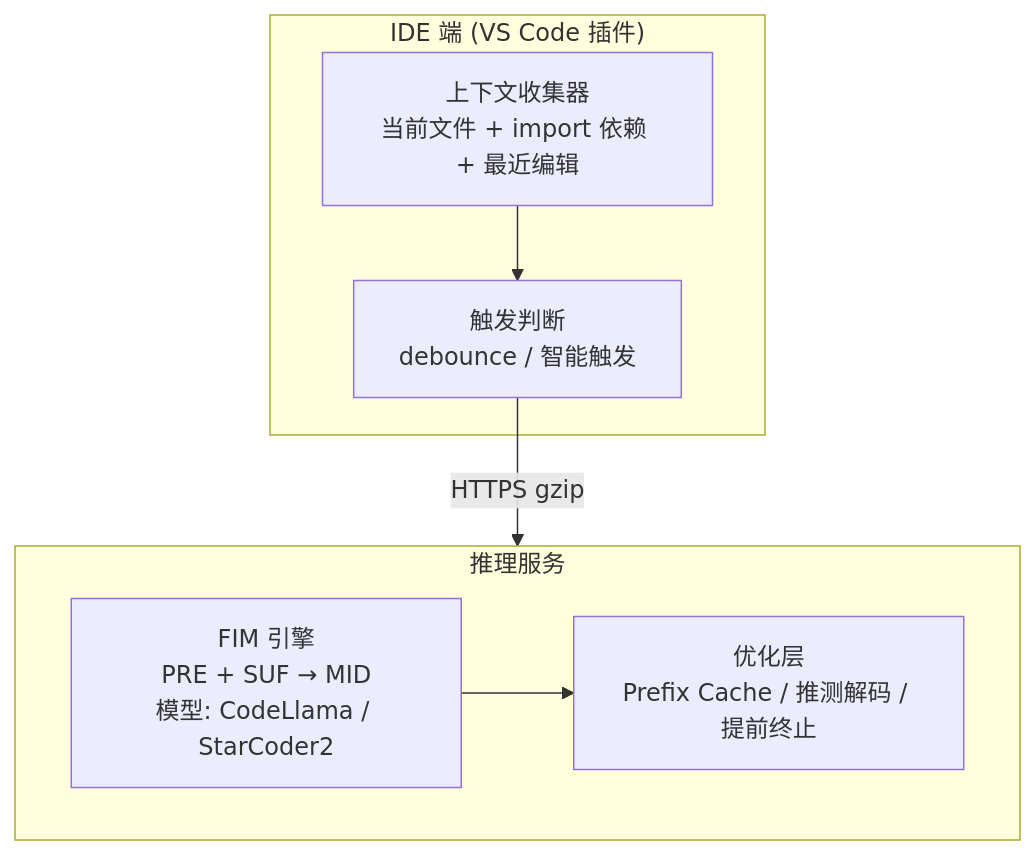
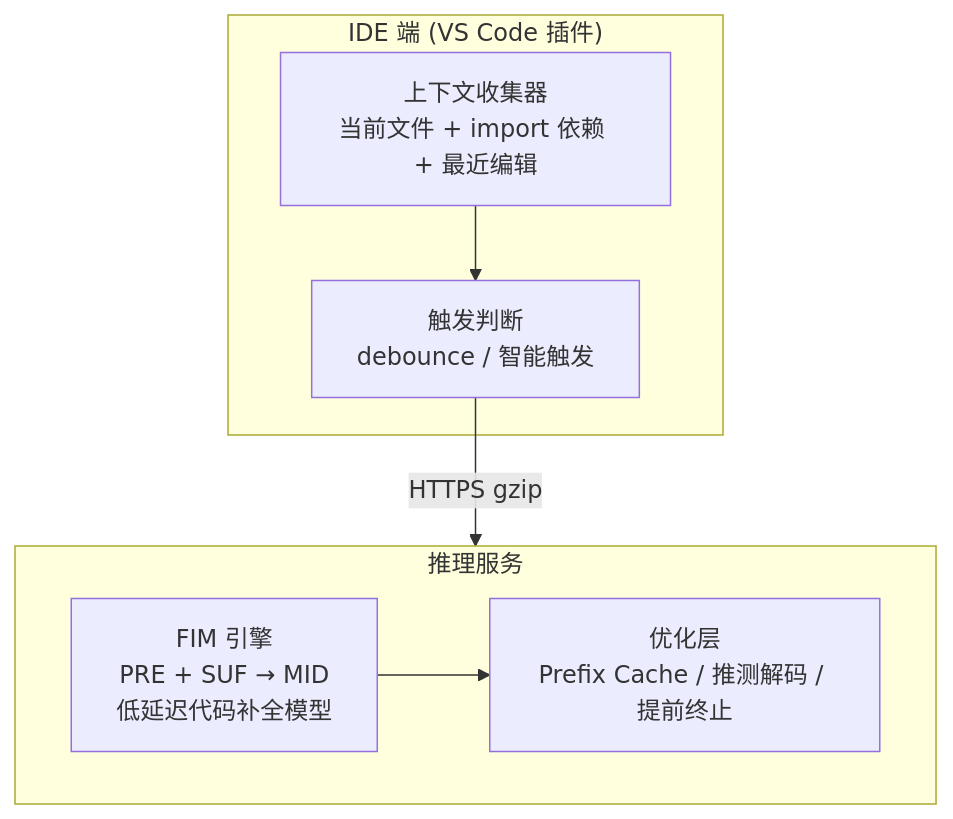
The third of 6 diagrams in docs/ai-technology/ai-system-design.md (liukun2634/dev-interview-guide), drawn with Mermaid before and after one commit. The commit also changed other lines of this file and 58 other files, not shown here.

````diff
--- a/docs/ai-technology/ai-system-design.md
+++ b/docs/ai-technology/ai-system-design.md
@@ -103,15 +117,15 @@
 ```mermaid
 graph TD
     subgraph IDE["IDE 端 (VS Code 插件)"]
         CC["上下文收集器<br/>当前文件 + import 依赖 + 最近编辑"] --> Trigger["触发判断<br/>debounce / 智能触发"]
     end
     
     Trigger -->|HTTPS gzip| Infer["推理服务"]
     
     subgraph Infer["推理服务"]
-        FIM["FIM 引擎<br/>PRE + SUF → MID<br/>模型: CodeLlama / StarCoder2"]
+        FIM["FIM 引擎<br/>PRE + SUF → MID<br/>低延迟代码补全模型"]
         Opt["优化层<br/>Prefix Cache / 推测解码 / 提前终止"]
     end
     
     FIM --> Opt
 ```
````
